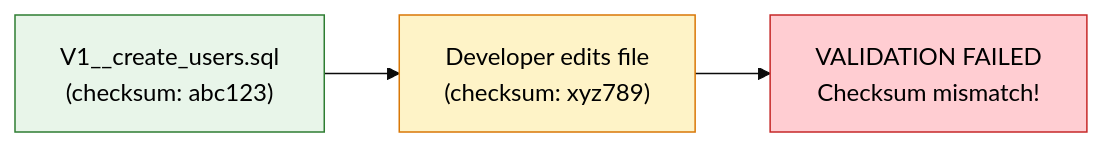
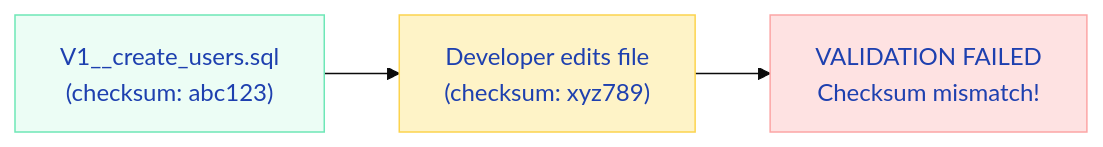
The fourth of 5 diagrams in docs/springboot/database-migrations.md (saivamsikaruturi/vamsilabs-dev-notes-main), drawn with Mermaid (base theme) before and after one commit. The commit also changed other lines of this file and 220 other files, not shown here.

First line of the commit message:
Add 50+ new Java/Spring Boot pages, rewrite CSS code blocks to Oracle style, fix all diagram colors

````diff
--- a/docs/springboot/database-migrations.md
+++ b/docs/springboot/database-migrations.md
@@ -551,12 +551,12 @@
 ```mermaid
 flowchart LR
     Applied["V1__create_users.sql<br/>(checksum: abc123)"]
     Edit["Developer edits file<br/>(checksum: xyz789)"]
     Fail["VALIDATION FAILED<br/>Checksum mismatch!"]
 
     Applied --> Edit --> Fail
 
-    style Applied fill:#E8F5E9,stroke:#2E7D32,color:#000
-    style Edit fill:#FEF3C7,stroke:#D97706,color:#000
-    style Fail fill:#FFCDD2,stroke:#C62828,color:#000
+    style Applied fill:#ECFDF5,stroke:#6EE7B7,color:#1E40AF
+    style Edit fill:#FEF3C7,stroke:#FCD34D,color:#1E40AF
+    style Fail fill:#FEE2E2,stroke:#FCA5A5,color:#1E40AF
 ```
````
